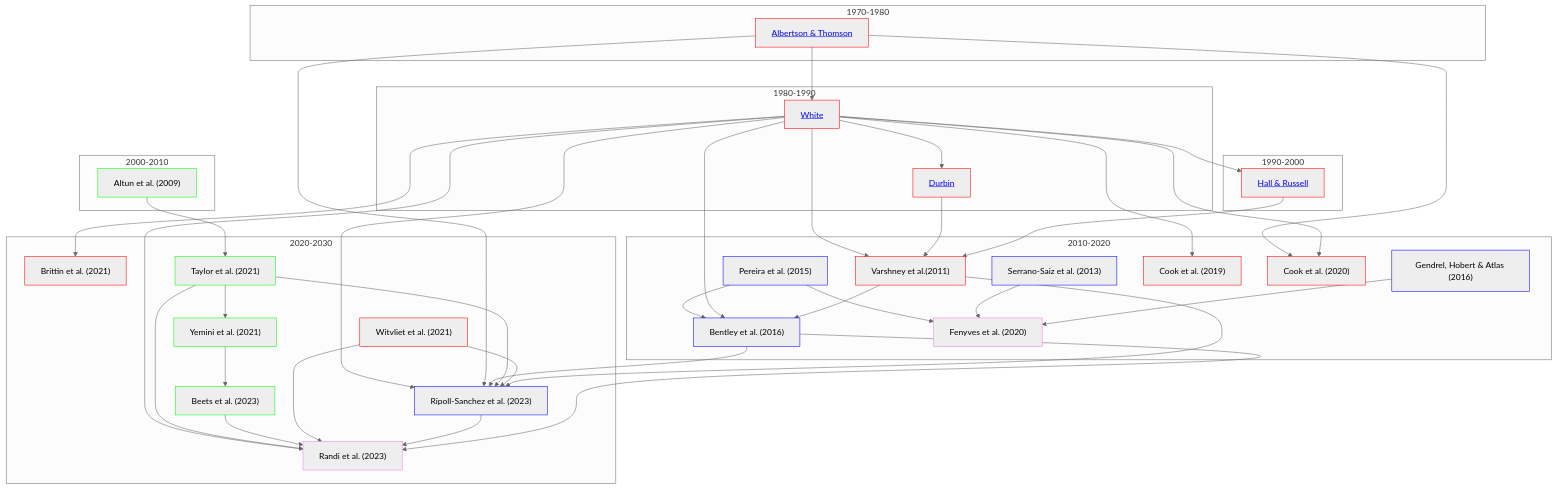
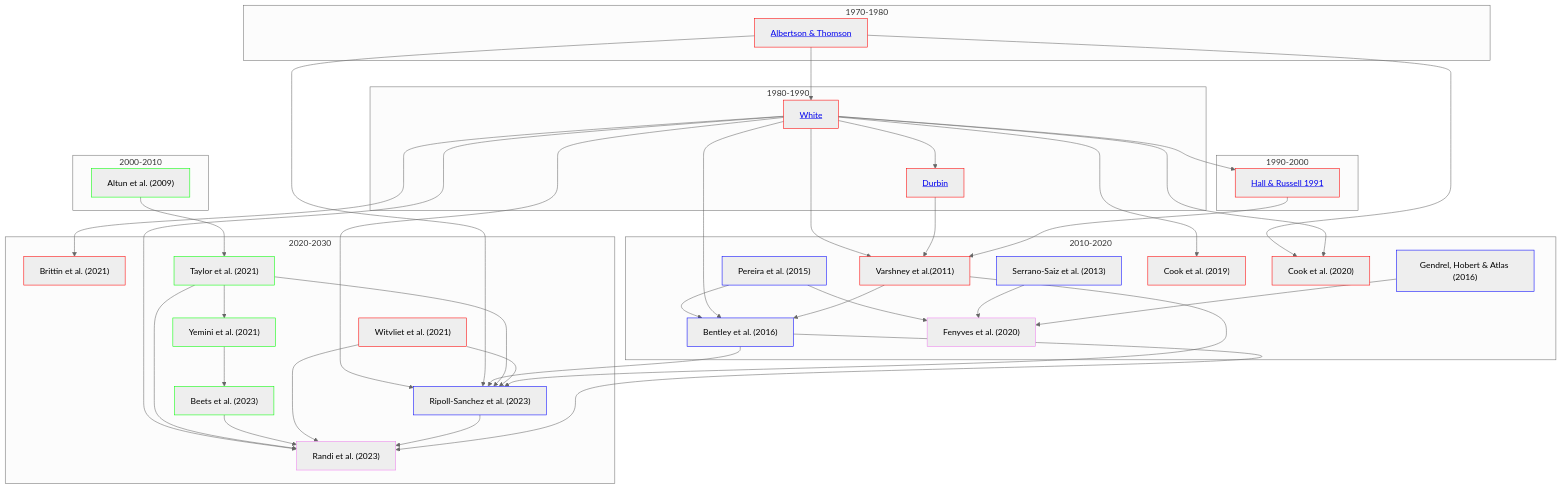
Before and after one commit to yasinthanvickneswaran/mermaidtest: the diagram in README.md, drawn with Mermaid (neutral theme).

````diff
--- a/README.md
+++ b/README.md
@@ -1,68 +1,68 @@
 ```mermaid
 flowchart TD
     classDef anat stroke:#f00
     classDef gene stroke:#0f0
     classDef es stroke:#00f
     classDef func stroke:#ee82ee
 
 
     subgraph 1970-1980
     A1[<a href='https://github.com/yasinthanvickneswaran/ConnectomeToolbox/blob/main/docs/Albertson_Thompson_1976.md' >Albertson & Thomson</a>]:::anat
     end
     subgraph 1980-1990
     A[<a href='https://github.com/yasinthanvickneswaran/ConnectomeToolbox/blob/main/docs/White_1986.md' >White</a>]:::anat & B[<a href='https://github.com/yasinthanvickneswaran/ConnectomeToolbox/blob/main/docs/Durbin_1987.md' >Durbin</a>]:::anat
     end
 
     subgraph 1990-2000
-    A2[<a href='https://github.com/yasinthanvickneswaran/ConnectomeToolbox/blob/main/docs/Hall_1991.md' >Hall & Russell</a>]:::anat
+    A2[<a href='https://github.com/yasinthanvickneswaran/ConnectomeToolbox/blob/main/docs/Hall_1991.md' >Hall & Russell 1991</a>]:::anat
     end
 
     subgraph 2000-2010
     C
     end
     subgraph 2010-2020
     D & E & E1 & E2 & F & G & H & I
     end
     subgraph 2020-2030
     J & K & L & M & N & P & NP
     end     
 
 
     E --> H["Fenyves et al. (2020)"]:::func
     E1["Serrano-Saiz et al. (2013)"]:::es --> H
     E2["Gendrel, Hobert & Atlas (2016)"]:::es --> H
     K["Witvliet et al. (2021)"]:::anat
     E["Pereira et al. (2015)"]:::es --> F["Bentley et al. (2016)"]:::es
 
     C["Altun et al. (2009)"]:::gene --> L["Taylor et al. (2021)"]:::gene
     L --> M["Yemini et al. (2021)"]:::gene
     M --> N["Beets et al. (2023)"]:::gene
 
     A --> B
     A1 --> A
     A1 --> I
     A  --> A2
     A --> D["Varshney et al.(2011)"]:::anat
     B --> D
     A2 --> D
     A --> G["Cook et al. (2019)"]:::anat
     A --> I["Cook et al. (2020)"]:::anat
     A --> J["Brittin et al. (2021)"]:::anat
     A --> F
     D --> F
     A --> NP["Ripoll-Sanchez et al. (2023)"]:::es
     A1 --> NP
     F --> NP
     L --> NP
     K --> NP
     D --> NP
     A --> P["Randi et al. (2023)"]:::func
     L --> P
     N --> P
     K --> P
     NP --> P
     F --> P
 
     
     
 ```
````
